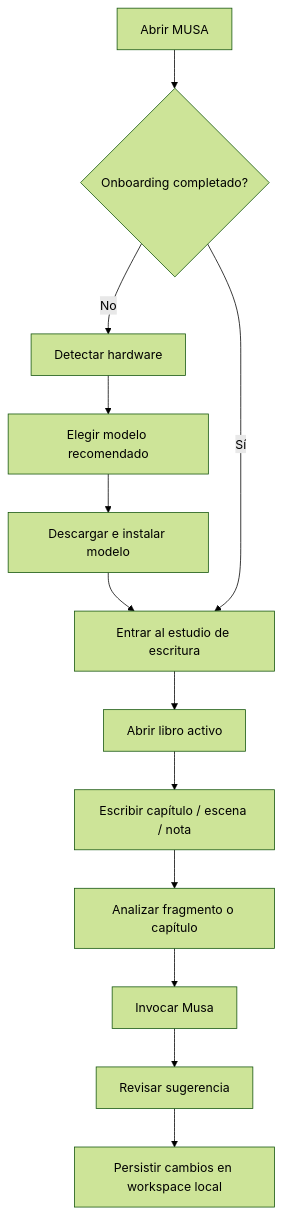
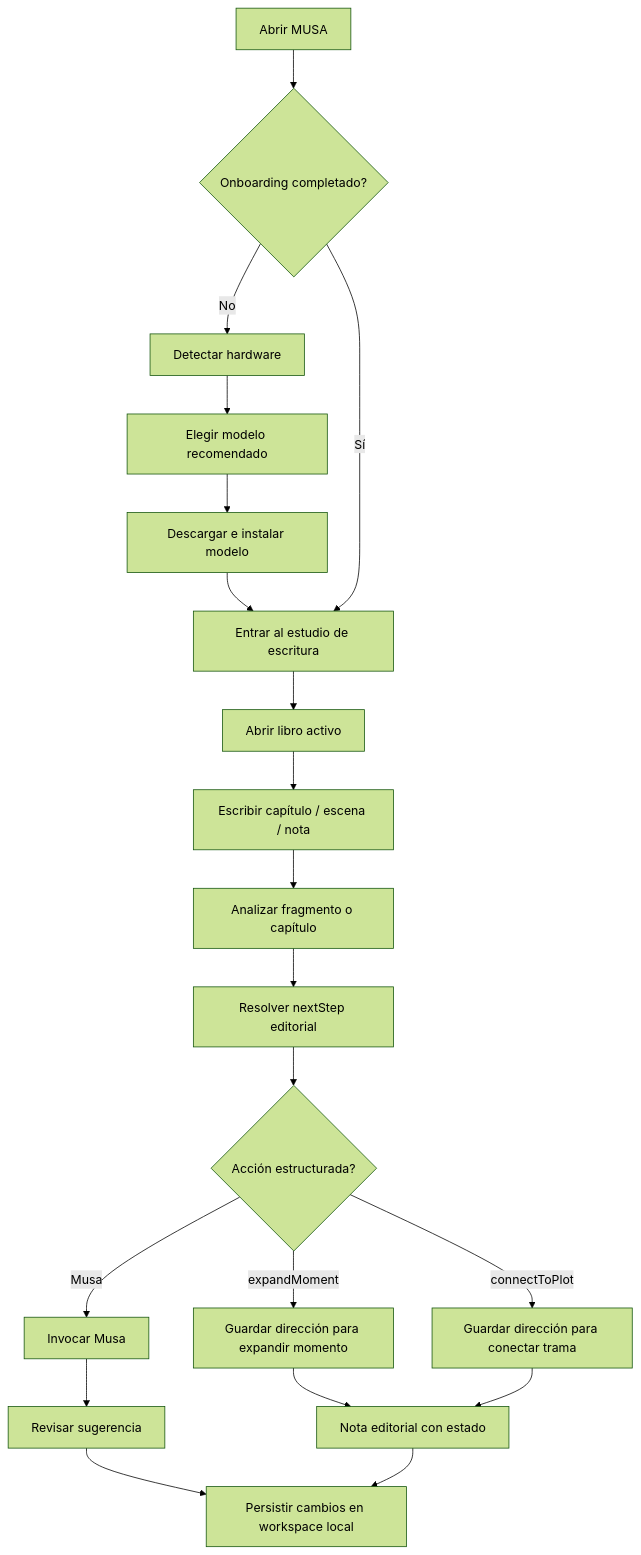
The second of 3 diagrams in README.md (Pacovalgor/MUSA), drawn with Mermaid (forest theme) before and after one commit. The commit also changed other lines of this file and 67 other files, not shown here.

Commit message:
Close editorial workflow loop

````diff
--- a/README.md
+++ b/README.md
@@ -98,15 +104,22 @@
 ```mermaid
 flowchart TD
     Start["Abrir MUSA"] --> Onboarding{"Onboarding completado?"}
     Onboarding -- No --> Detect["Detectar hardware"]
     Detect --> Pick["Elegir modelo recomendado"]
     Pick --> Download["Descargar e instalar modelo"]
     Download --> App["Entrar al estudio de escritura"]
     Onboarding -- Sí --> App
     App --> Book["Abrir libro activo"]
     Book --> Write["Escribir capítulo / escena / nota"]
     Write --> Analyze["Analizar fragmento o capítulo"]
-    Analyze --> Invoke["Invocar Musa"]
+    Analyze --> Decide["Resolver nextStep editorial"]
+    Decide --> Workflow{"Acción estructurada?"}
+    Workflow -- "expandMoment" --> Expand["Guardar dirección para expandir momento"]
+    Workflow -- "connectToPlot" --> Plot["Guardar dirección para conectar trama"]
+    Workflow -- "Musa" --> Invoke["Invocar Musa"]
+    Expand --> Notes["Nota editorial con estado"]
+    Plot --> Notes
     Invoke --> Review["Revisar sugerencia"]
     Review --> Persist["Persistir cambios en workspace local"]
+    Notes --> Persist
 ```
````
